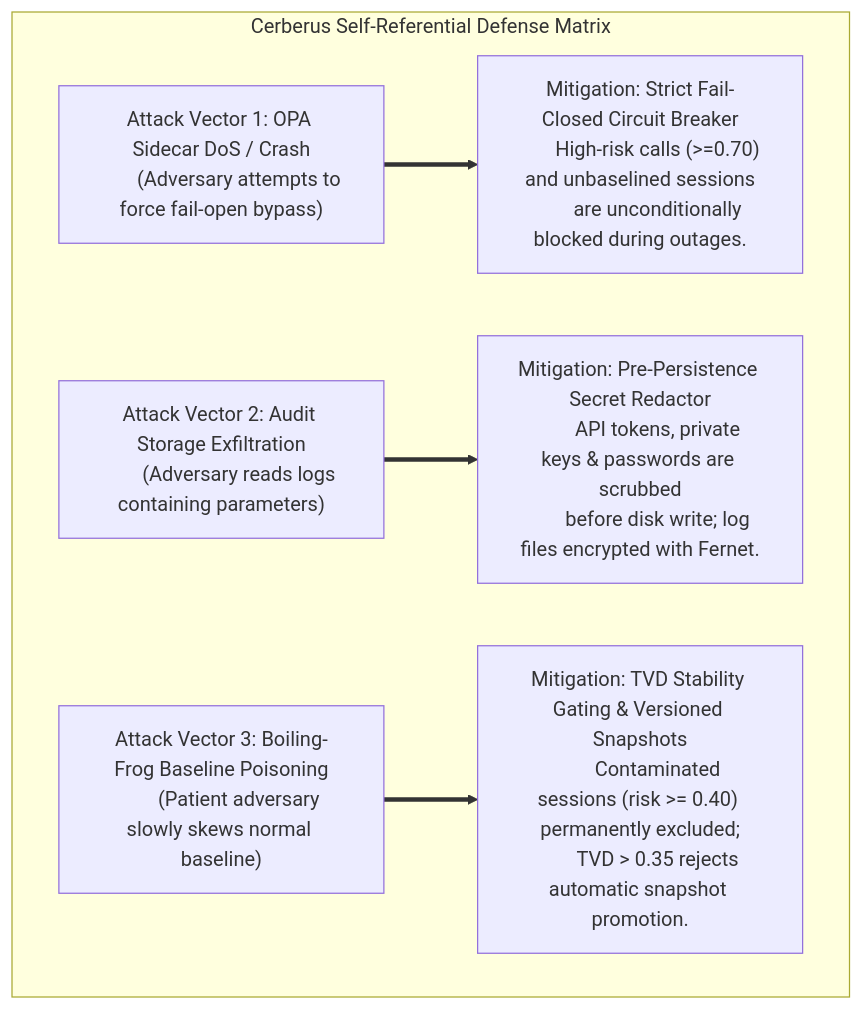
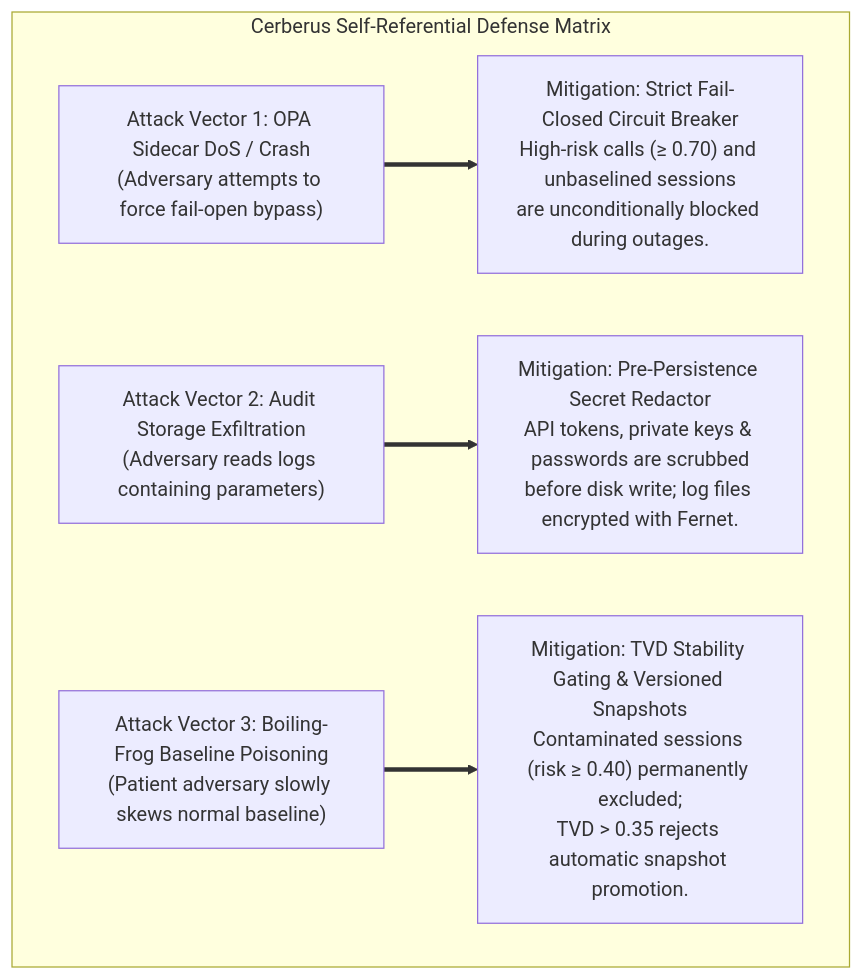
Before and after one commit to Debddj/Cerberus: the fifth of 5 diagrams in README.md, drawn with Mermaid. The commit also changed other lines of this file and 18 other files, not shown here.

Commit message:
docs(readme): fix mermaid rendering, add live Render insight, and untrack .agents folder

````diff
--- a/README.md
+++ b/README.md
@@ -508,25 +477,16 @@
 ```mermaid
 flowchart TD
     subgraph MetaSecurity["Cerberus Self-Referential Defense Matrix"]
-        A1["Attack Vector 1: OPA Sidecar DoS / Crash
-        (Adversary attempts to force fail-open bypass)"]
-        M1["Mitigation: Strict Fail-Closed Circuit Breaker
-        High-risk calls (>=0.70) and unbaselined sessions
-        are unconditionally blocked during outages."]
+        A1["Attack Vector 1: OPA Sidecar DoS / Crash<br/>(Adversary attempts to force fail-open bypass)"]
+        M1["Mitigation: Strict Fail-Closed Circuit Breaker<br/>High-risk calls (&ge; 0.70) and unbaselined sessions<br/>are unconditionally blocked during outages."]
         A1 ==> M1
 
-        A2["Attack Vector 2: Audit Storage Exfiltration
-        (Adversary reads logs containing parameters)"]
-        M2["Mitigation: Pre-Persistence Secret Redactor
-        API tokens, private keys & passwords are scrubbed
-        before disk write; log files encrypted with Fernet."]
+        A2["Attack Vector 2: Audit Storage Exfiltration<br/>(Adversary reads logs containing parameters)"]
+        M2["Mitigation: Pre-Persistence Secret Redactor<br/>API tokens, private keys & passwords are scrubbed<br/>before disk write; log files encrypted with Fernet."]
         A2 ==> M2
 
-        A3["Attack Vector 3: Boiling-Frog Baseline Poisoning
-        (Patient adversary slowly skews normal baseline)"]
-        M3["Mitigation: TVD Stability Gating & Versioned Snapshots
-        Contaminated sessions (risk >= 0.40) permanently excluded;
-        TVD > 0.35 rejects automatic snapshot promotion."]
+        A3["Attack Vector 3: Boiling-Frog Baseline Poisoning<br/>(Patient adversary slowly skews normal baseline)"]
+        M3["Mitigation: TVD Stability Gating & Versioned Snapshots<br/>Contaminated sessions (risk &ge; 0.40) permanently excluded;<br/>TVD &gt; 0.35 rejects automatic snapshot promotion."]
         A3 ==> M3
     end
 ```
````
